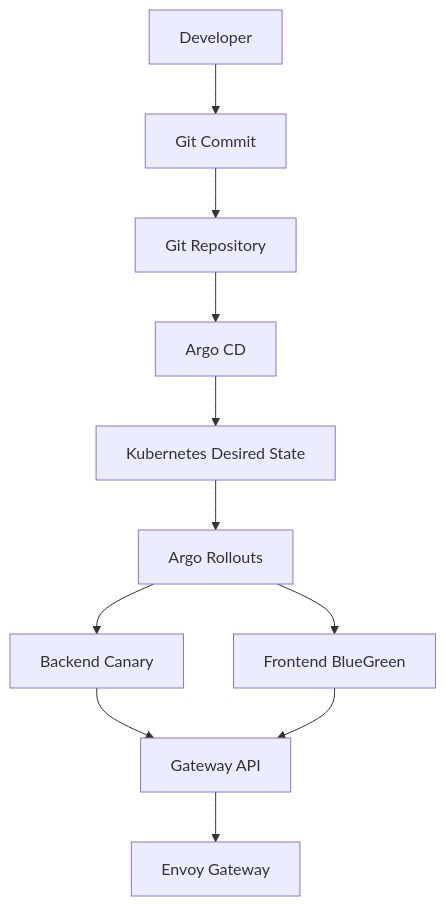
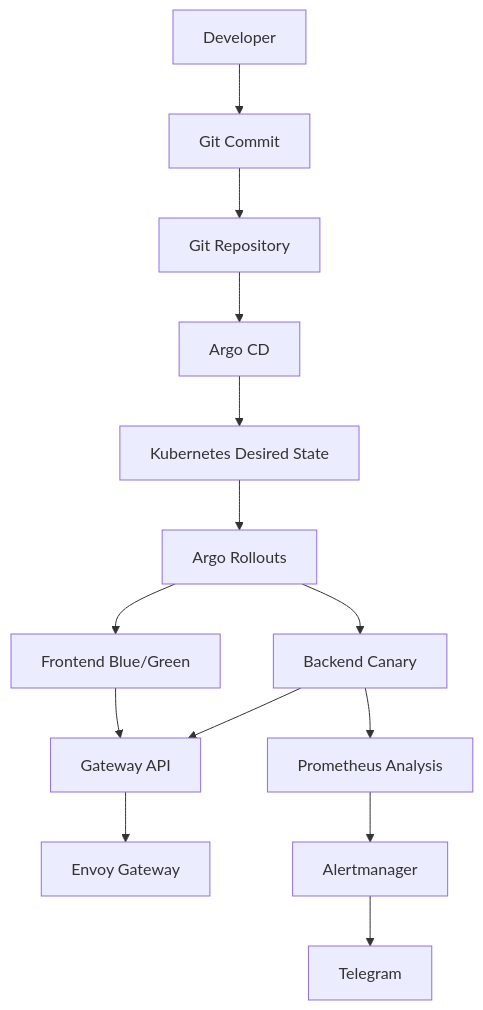
Before and after one commit to ahmed-sayed-devops/microservices-platform-gitops: diagram 14 of 35 in docs/04-progressive-delivery/README.md, drawn with Mermaid. The commit also changed other lines of this file and 13 other files, not shown here.

Commit message:
docs: update progressive delivery and platform architecture

````diff
--- a/docs/04-progressive-delivery/README.md
+++ b/docs/04-progressive-delivery/README.md
@@ -675,13 +713,22 @@
 ```mermaid
 graph TD
+
     A["Developer"] --> B["Git Commit"]
     B --> C["Git Repository"]
     C --> D["Argo CD"]
     D --> E["Kubernetes Desired State"]
+
     E --> F["Argo Rollouts"]
+
     F --> G["Backend Canary"]
-    F --> H["Frontend BlueGreen"]
+    F --> H["Frontend Blue/Green"]
+
     G --> I["Gateway API"]
     I --> J["Envoy Gateway"]
+
     H --> I
+
+    G --> K["Prometheus Analysis"]
+    K --> L["Alertmanager"]
+    L --> M["Telegram"]
 ```
````
